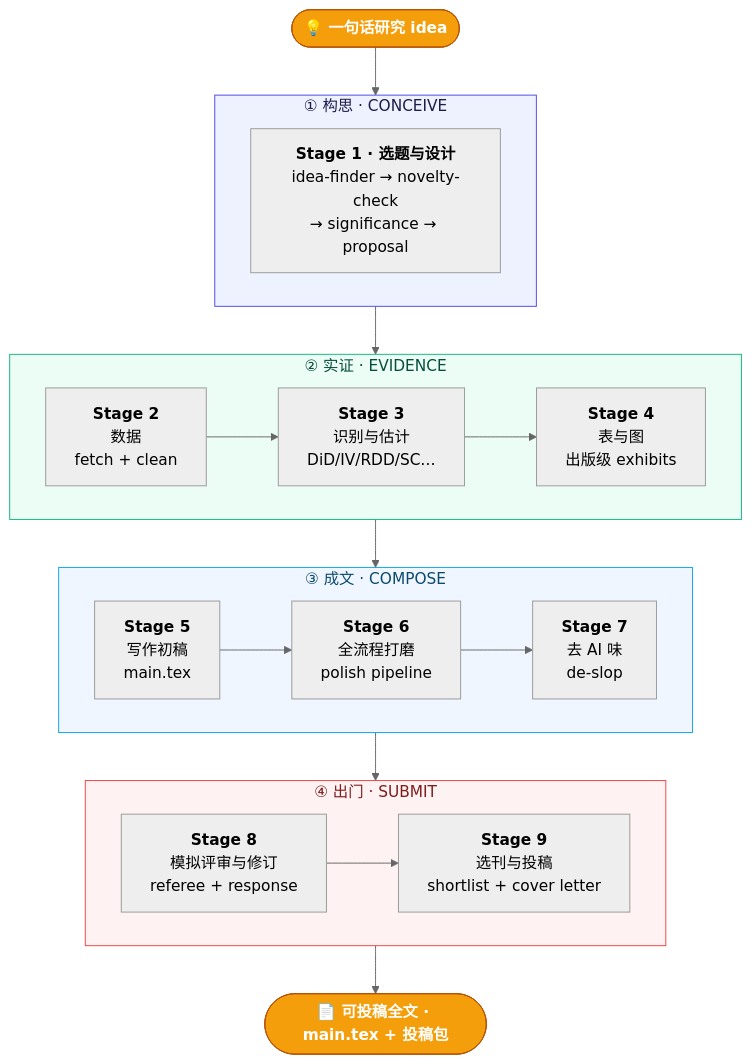
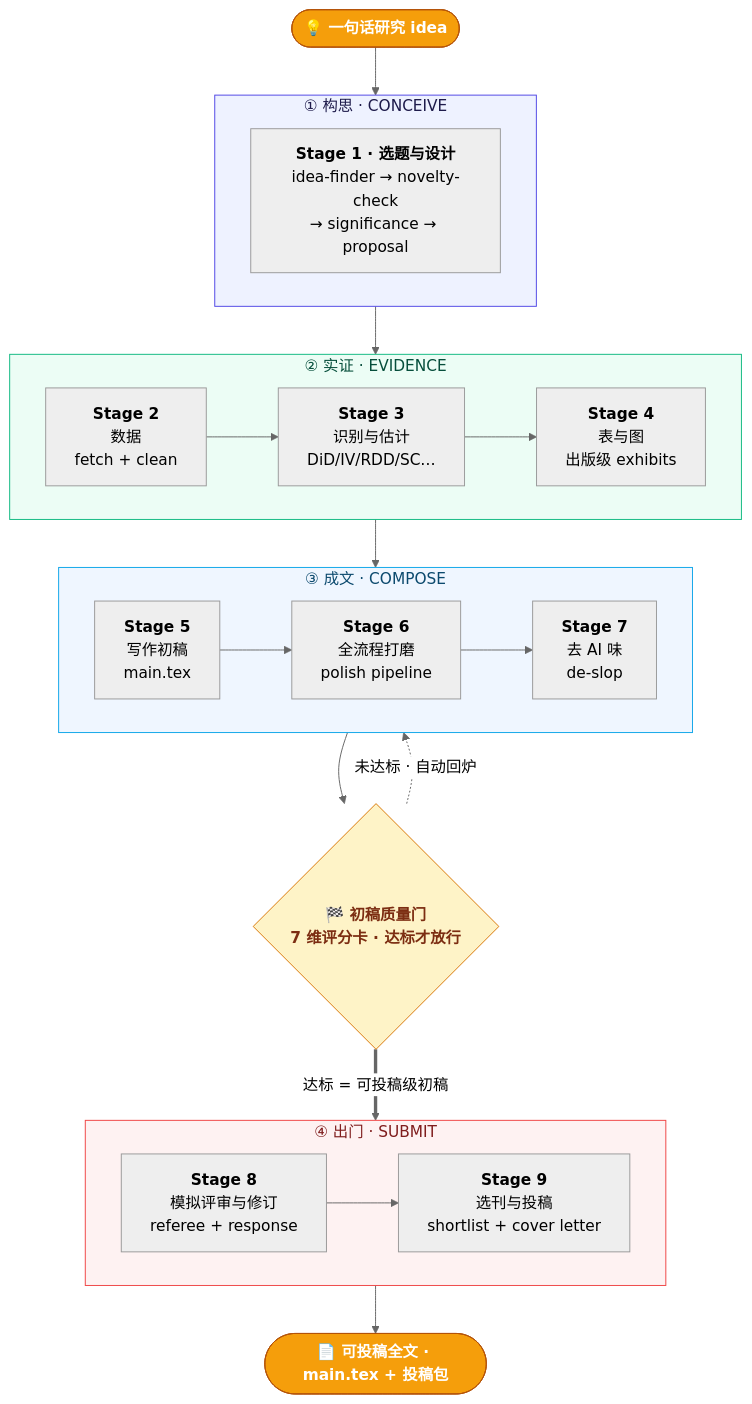
The diagram in README.md (brycewang-stanford/Paper-WorkFlow), drawn with Mermaid (neutral theme) before and after one commit. The commit also changed other lines of this file and 1 other file, not shown here.

First line of the commit message:
docs: surface Draft Quality Gate + invocation robustness in poster README

````diff
--- a/README.md
+++ b/README.md
@@ -33,34 +33,39 @@
 ```mermaid
 flowchart TD
     IDEA(["💡 一句话研究 idea"]):::io
     IDEA --> A
 
     subgraph A ["① 构思 · CONCEIVE"]
       direction LR
       S1["<b>Stage 1 · 选题与设计</b><br/>idea-finder → novelty-check<br/>→ significance → proposal"]
     end
 
     subgraph B ["② 实证 · EVIDENCE"]
       direction LR
       S2["<b>Stage 2</b><br/>数据<br/>fetch + clean"] --> S3["<b>Stage 3</b><br/>识别与估计<br/>DiD/IV/RDD/SC…"] --> S4["<b>Stage 4</b><br/>表与图<br/>出版级 exhibits"]
     end
 
     subgraph C ["③ 成文 · COMPOSE"]
       direction LR
       S5["<b>Stage 5</b><br/>写作初稿<br/>main.tex"] --> S6["<b>Stage 6</b><br/>全流程打磨<br/>polish pipeline"] --> S7["<b>Stage 7</b><br/>去 AI 味<br/>de-slop"]
     end
 
     subgraph D ["④ 出门 · SUBMIT"]
       direction LR
       S8["<b>Stage 8</b><br/>模拟评审与修订<br/>referee + response"] --> S9["<b>Stage 9</b><br/>选刊与投稿<br/>shortlist + cover letter"]
     end
 
-    A --> B --> C --> D
+    A --> B --> C
+    C --> QG{"🏁 初稿质量门<br/>7 维评分卡 · 达标才放行"}
+    QG -.->|未达标 · 自动回炉| C
+    QG ==>|达标 = 可投稿级初稿| D
     D --> PAPER(["📄 可投稿全文 · main.tex + 投稿包"]):::io
 
     classDef io fill:#F59E0B,stroke:#B45309,color:#fff,font-weight:bold;
+    classDef gate fill:#FEF3C7,stroke:#D97706,color:#7C2D12,font-weight:bold;
+    class QG gate;
     style A fill:#EEF2FF,stroke:#4F46E5,color:#1E1B4B
     style B fill:#ECFDF5,stroke:#10B981,color:#064E3B
     style C fill:#EFF6FF,stroke:#0EA5E9,color:#0C4A6E
     style D fill:#FEF2F2,stroke:#EF4444,color:#7F1D1D
 ```
````
